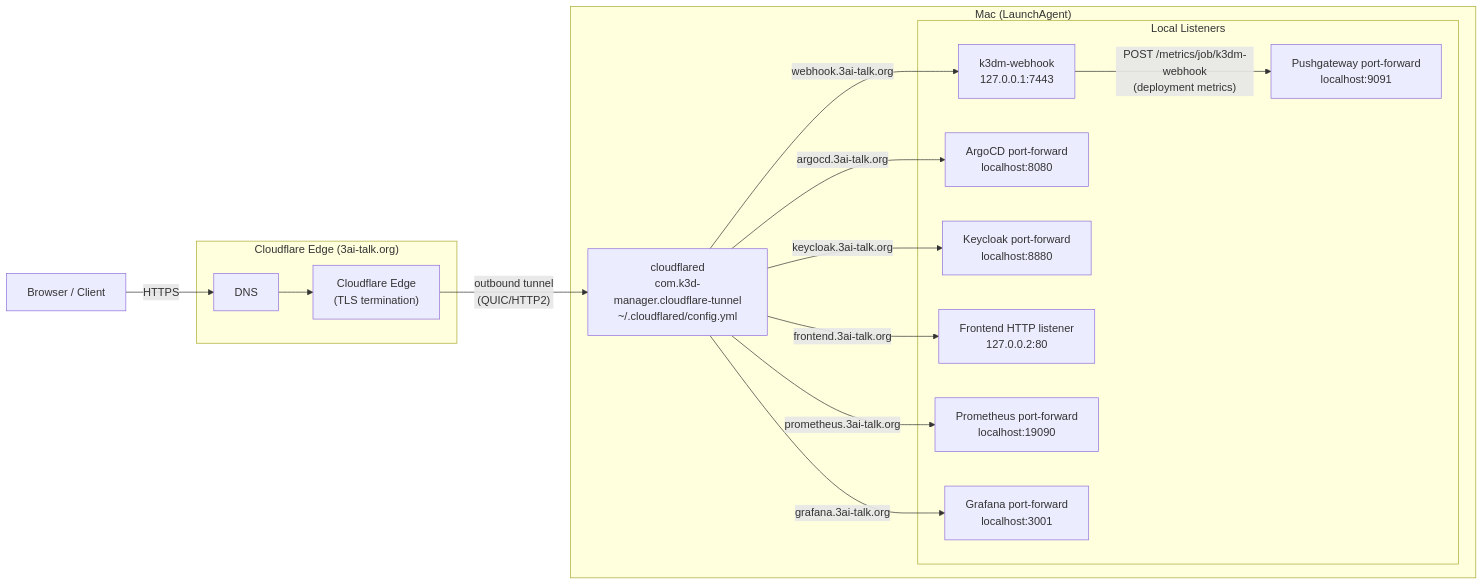
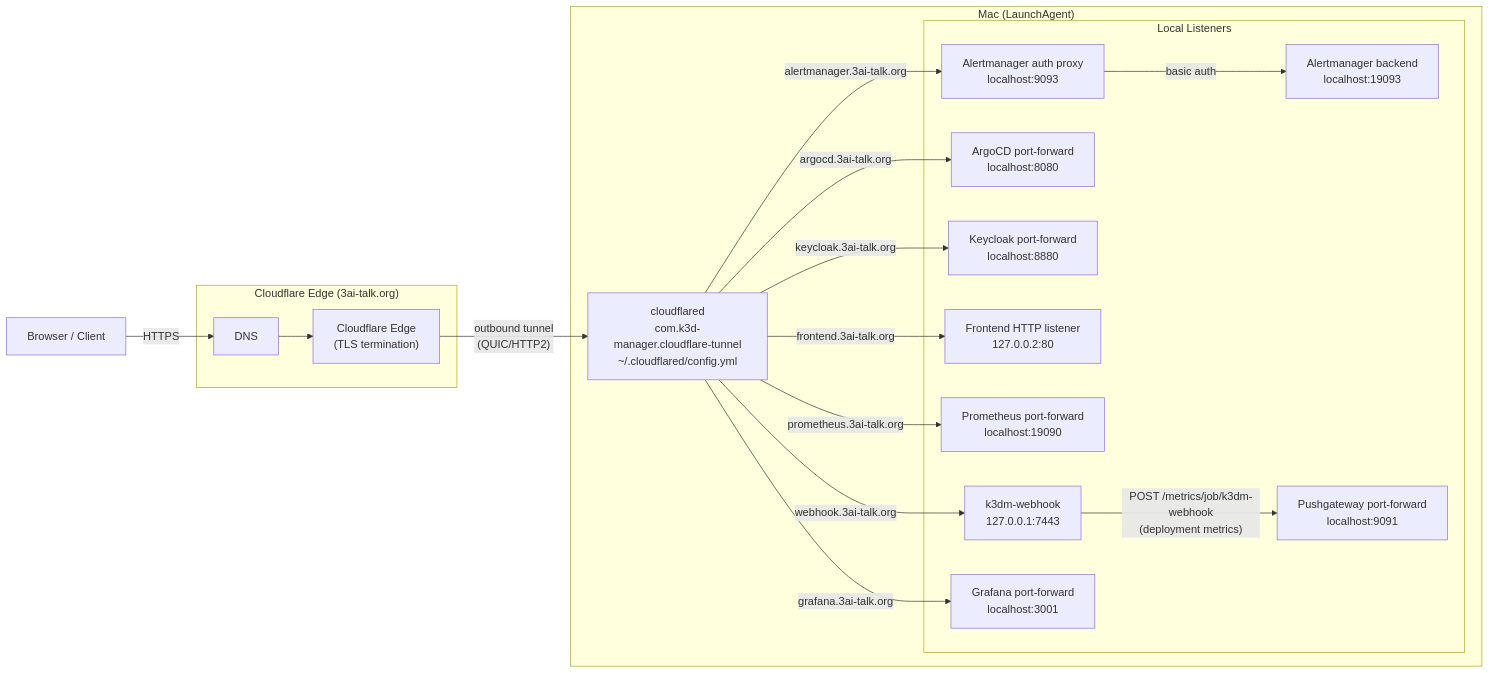
Before and after one commit to wilddog64/k3d-manager: the first of 2 diagrams in docs/architecture/cloudflare-slack-relay.md, drawn with Mermaid. The commit also changed other lines of this file and 152 other files, not shown here.

````diff
--- a/docs/architecture/cloudflare-slack-relay.md
+++ b/docs/architecture/cloudflare-slack-relay.md
@@ -15,35 +15,39 @@
 ```mermaid
 flowchart LR
     Browser["Browser / Client"]
 
     subgraph CF["Cloudflare Edge (3ai-talk.org)"]
         DNS["DNS"]
         Edge["Cloudflare Edge\n(TLS termination)"]
     end
 
     subgraph Mac["Mac (LaunchAgent)"]
         CFD["cloudflared\ncom.k3d-manager.cloudflare-tunnel\n~/.cloudflared/config.yml"]
 
         subgraph Locals["Local Listeners"]
             WH["k3dm-webhook\n127.0.0.1:7443"]
             ARGO["ArgoCD port-forward\nlocalhost:8080"]
             KC["Keycloak port-forward\nlocalhost:8880"]
             FE["Frontend HTTP listener\n127.0.0.2:80"]
             PROM["Prometheus port-forward\nlocalhost:19090"]
+            AMPROXY["Alertmanager auth proxy\nlocalhost:9093"]
+            AMRAW["Alertmanager backend\nlocalhost:19093"]
             GRAF["Grafana port-forward\nlocalhost:3001"]
             PGW["Pushgateway port-forward\nlocalhost:9091"]
         end
     end
 
     Browser -->|HTTPS| DNS
     DNS --> Edge
     Edge -->|"outbound tunnel\n(QUIC/HTTP2)"| CFD
 
     CFD -->|"webhook.3ai-talk.org"| WH
     CFD -->|"argocd.3ai-talk.org"| ARGO
     CFD -->|"keycloak.3ai-talk.org"| KC
     CFD -->|"frontend.3ai-talk.org"| FE
     CFD -->|"prometheus.3ai-talk.org"| PROM
     CFD -->|"grafana.3ai-talk.org"| GRAF
+    CFD -->|"alertmanager.3ai-talk.org"| AMPROXY
+    AMPROXY -->|"basic auth"| AMRAW
     WH -->|"POST /metrics/job/k3dm-webhook\n(deployment metrics)"| PGW
 ```
````
